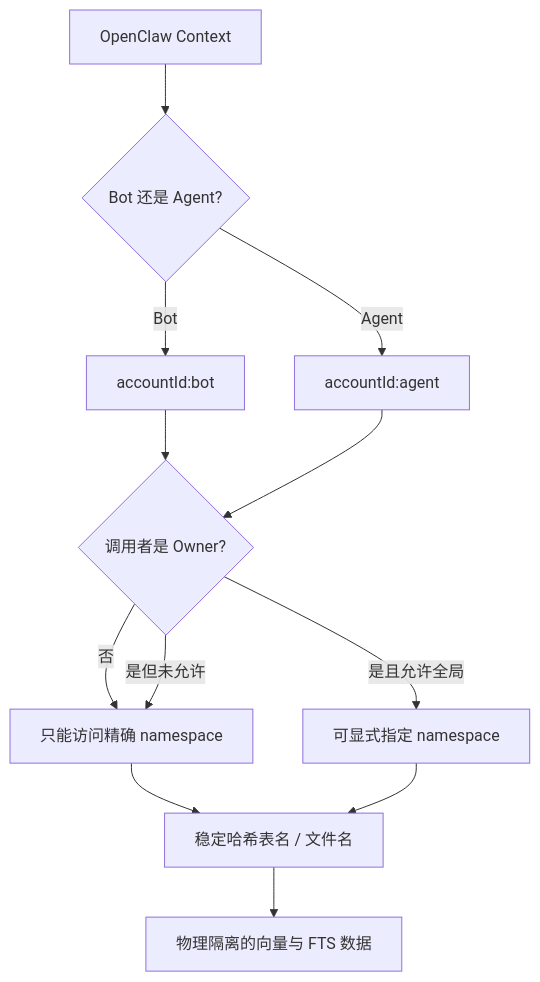
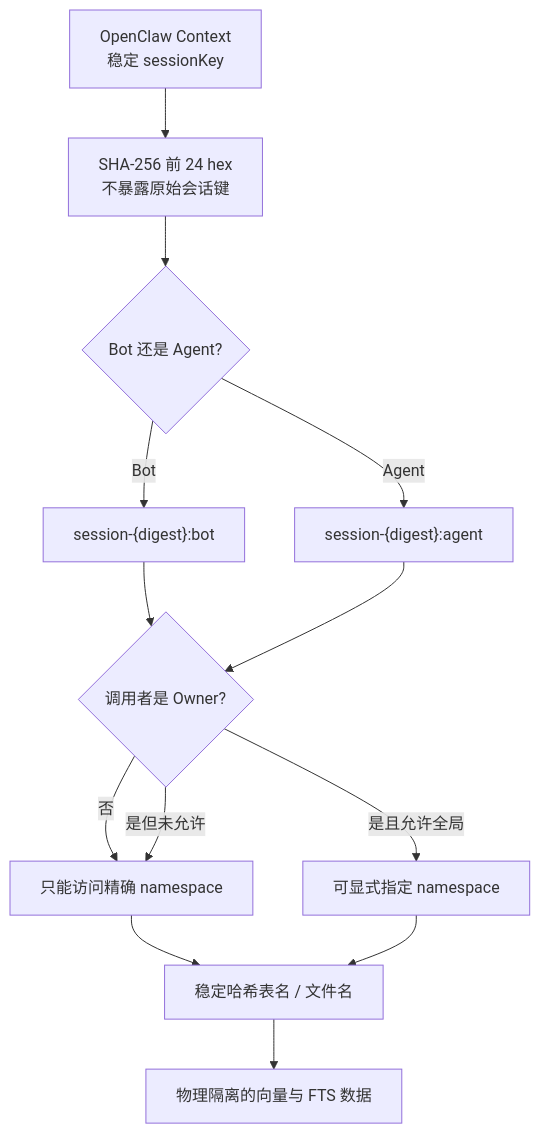
The fifth of 8 diagrams in doc/knowledge/OpenClaw-Knowledge-RAG-Architecture_CN.md (partme-ai/openclaw-plugins), drawn with Mermaid before and after one commit. The commit also changed other lines of this file and 592 other files, not shown here.

First line of the commit message:
feat(e2e): 添加地图能力插件与微信抖音扩展功能

````diff
--- a/doc/knowledge/OpenClaw-Knowledge-RAG-Architecture_CN.md
+++ b/doc/knowledge/OpenClaw-Knowledge-RAG-Architecture_CN.md
@@ -189,14 +192,15 @@
 ```mermaid
 flowchart TD
-    CTX["OpenClaw Context"] --> MODE{"Bot 还是 Agent?"}
-    MODE -->|Bot| BOT["accountId:bot"]
-    MODE -->|Agent| AGENT["accountId:agent"]
+    CTX["OpenClaw Context<br/>稳定 sessionKey"] --> HASHKEY["SHA-256 前 24 hex<br/>不暴露原始会话键"]
+    HASHKEY --> MODE{"Bot 还是 Agent?"}
+    MODE -->|Bot| BOT["session-{digest}:bot"]
+    MODE -->|Agent| AGENT["session-{digest}:agent"]
     BOT --> POLICY{"调用者是 Owner?"}
     AGENT --> POLICY
     POLICY -->|否| EXACT["只能访问精确 namespace"]
     POLICY -->|是且允许全局| GLOBAL["可显式指定 namespace"]
     POLICY -->|是但未允许| EXACT
     EXACT --> HASH["稳定哈希表名 / 文件名"]
     GLOBAL --> HASH
     HASH --> DATA["物理隔离的向量与 FTS 数据"]
 ```
````
